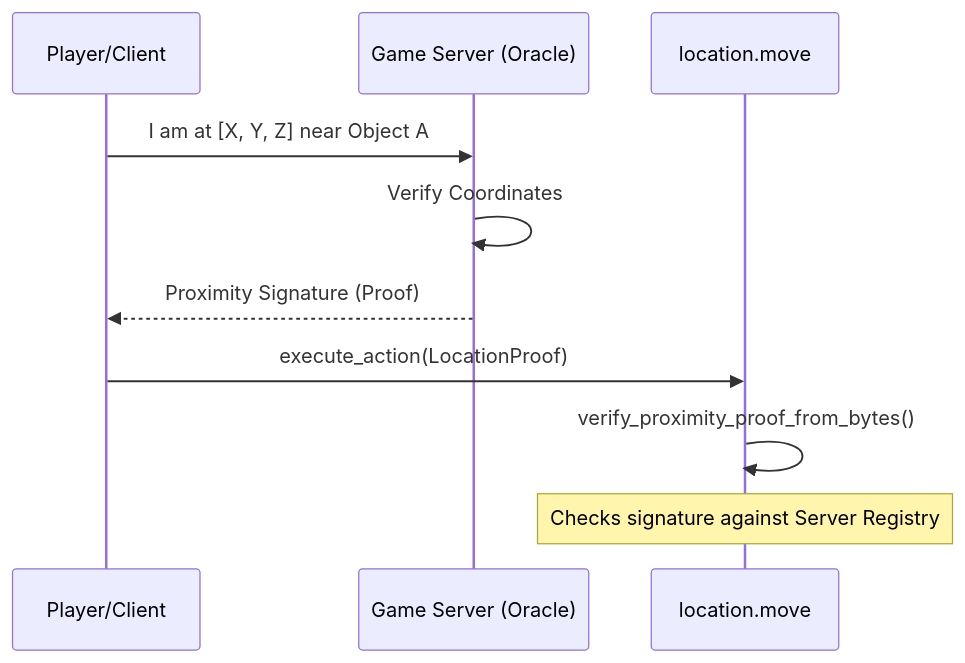
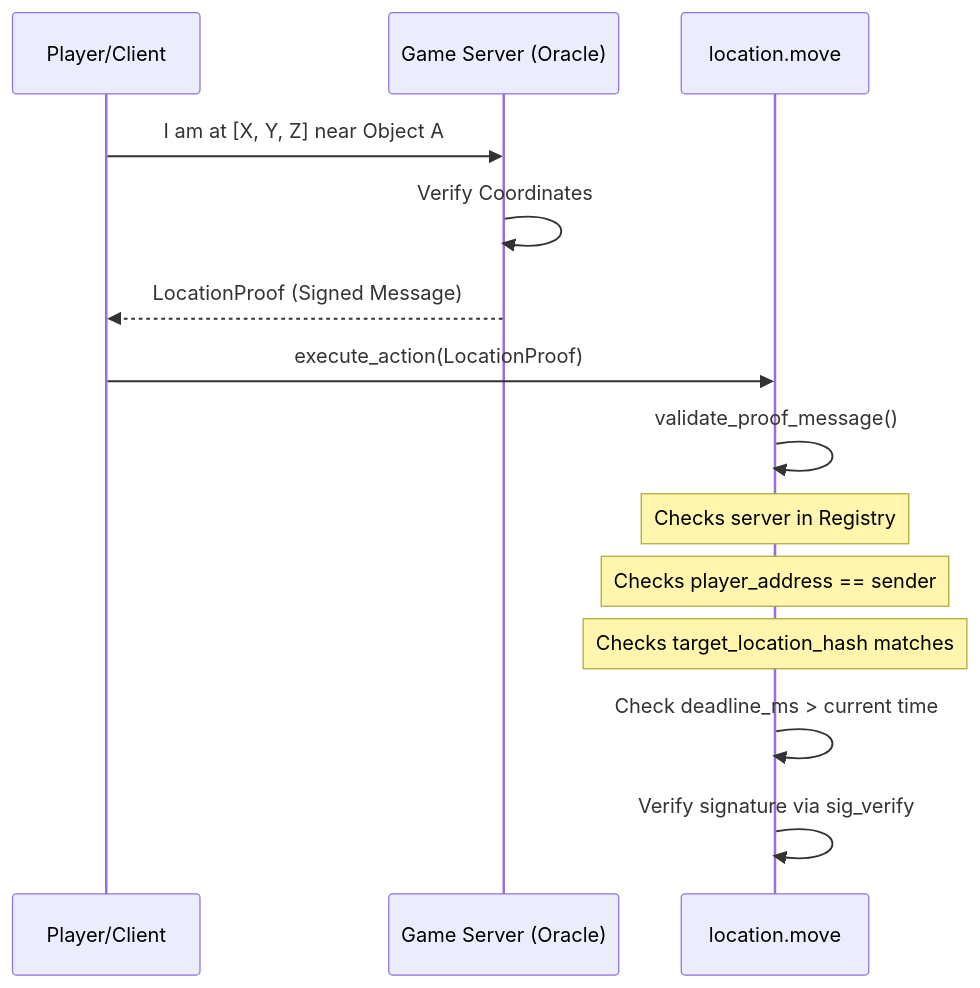
One commit to Scetrov/frontier.scetrov.live changed the third of 3 diagrams in content/develop/world-contracts/primitives/location.move.md. Above: the diagram before and after it, drawn with Mermaid. The commit also changed other lines of this file and 8 other files, not shown here.

````diff
--- a/content/develop/world-contracts/primitives/location.move.md
+++ b/content/develop/world-contracts/primitives/location.move.md
@@ -58,14 +71,18 @@
 ```mermaid
 sequenceDiagram
     participant User as Player/Client
     participant Server as Game Server (Oracle)
     participant Contract as location.move
 
     User->>Server: I am at [X, Y, Z] near Object A
     Server->>Server: Verify Coordinates
-    Server-->>User: Proximity Signature (Proof)
+    Server-->>User: LocationProof (Signed Message)
     User->>Contract: execute_action(LocationProof)
-    Contract->>Contract: verify_proximity_proof_from_bytes()
-    Note over Contract: Checks signature against Server Registry
+    Contract->>Contract: validate_proof_message()
+    Note over Contract: Checks server in Registry
+    Note over Contract: Checks player_address == sender
+    Note over Contract: Checks target_location_hash matches
+    Contract->>Contract: Check deadline_ms > current time
+    Contract->>Contract: Verify signature via sig_verify
 
 ```
````
